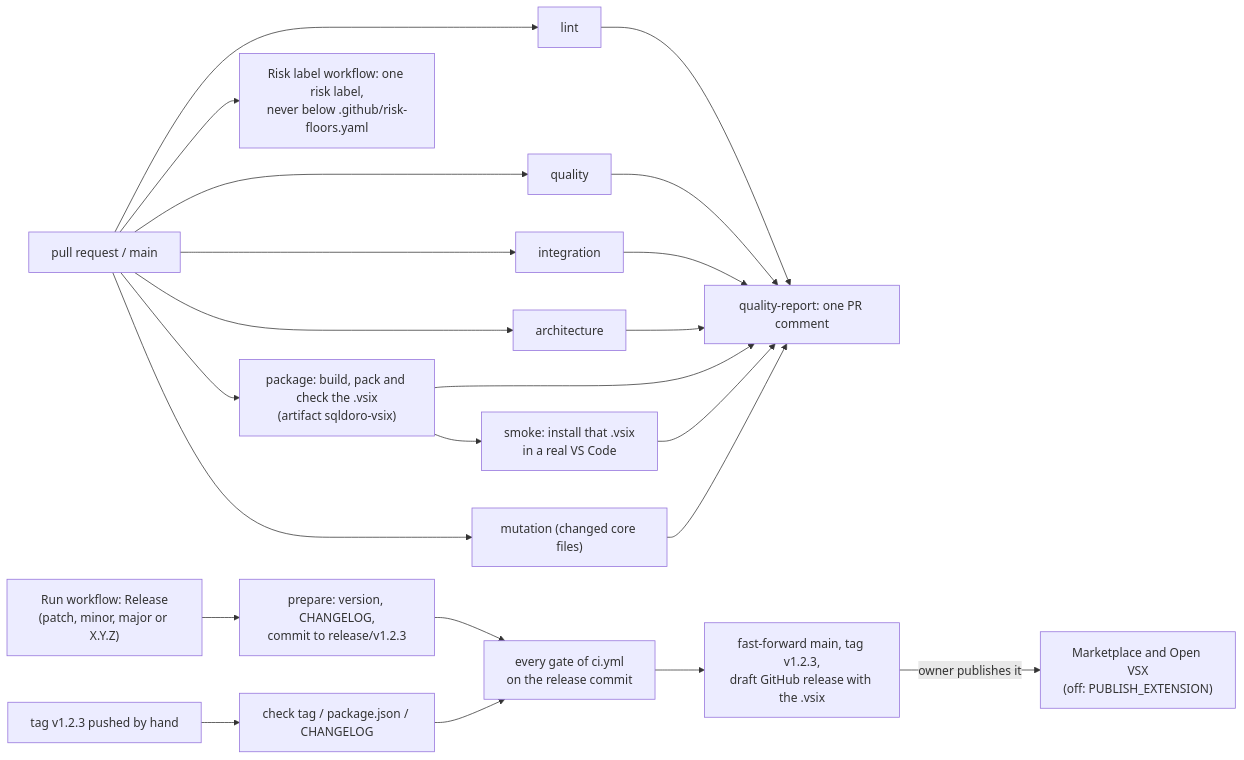
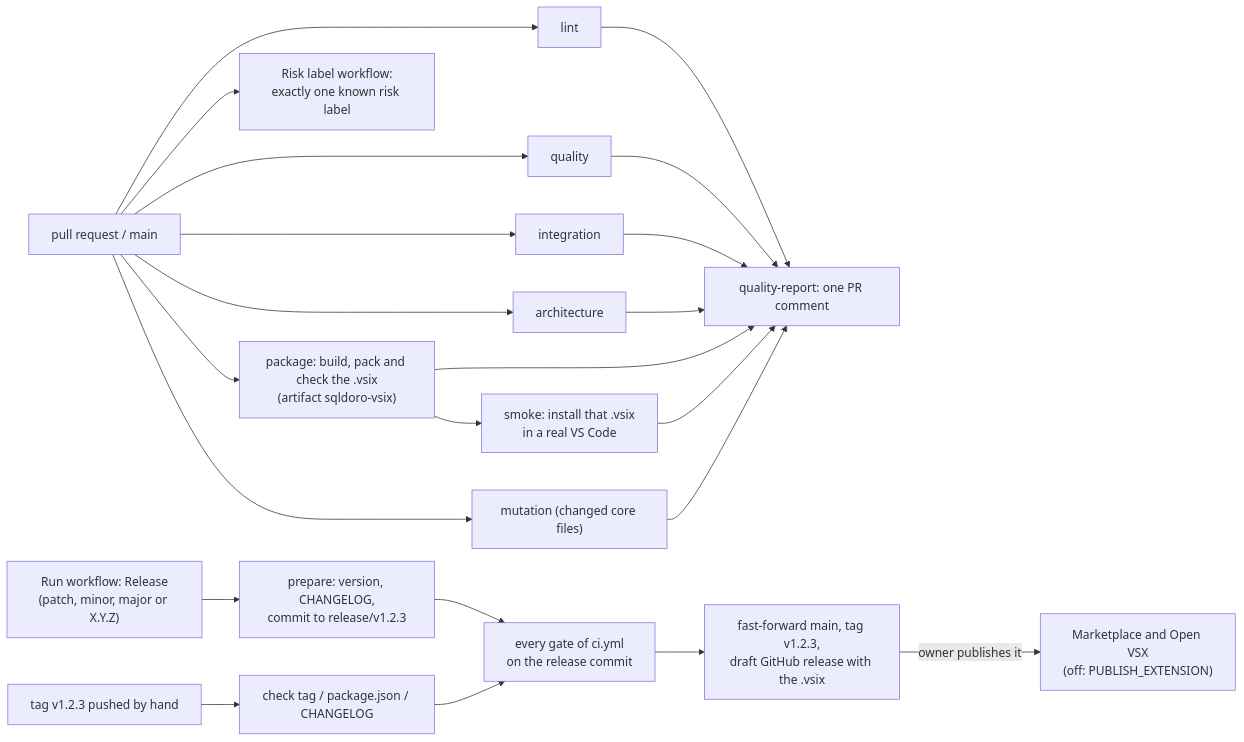
The fifth of 5 diagrams in docs/ARCHITECTURE.md (mathmed/sqldoro), drawn with Mermaid before and after one commit. The commit also changed other lines of this file and 25 other files, not shown here.

First line of the commit message:
ci: queue risk label runs and let the coder invoke the pr-writer (#33)

````diff
--- a/docs/ARCHITECTURE.md
+++ b/docs/ARCHITECTURE.md
@@ -237,11 +237,11 @@
 ```mermaid
 flowchart LR
   pr["pull request / main"] --> lint & quality & integration & architecture & package
   package["package: build, pack and check the .vsix<br/>(artifact sqldoro-vsix)"] --> smoke["smoke: install that .vsix<br/>in a real VS Code"]
   pr --> mutation["mutation (changed core files)"]
   lint & quality & integration & architecture & package & smoke & mutation --> report["quality-report: one PR comment"]
-  pr --> risk["Risk label workflow: one risk label,<br/>never below .github/risk-floors.yaml"]
+  pr --> risk["Risk label workflow:<br/>exactly one known risk label"]
   run["Run workflow: Release<br/>(patch, minor, major or X.Y.Z)"] --> prepare["prepare: version, CHANGELOG,<br/>commit to release/v1.2.3"] --> gates["every gate of ci.yml<br/>on the release commit"] --> draft["fast-forward main, tag v1.2.3,<br/>draft GitHub release with the .vsix"]
   tag["tag v1.2.3 pushed by hand"] --> check["check tag / package.json / CHANGELOG"] --> gates
   draft -->|"owner publishes it"| publish["Marketplace and Open VSX<br/>(off: PUBLISH_EXTENSION)"]
 ```
````
